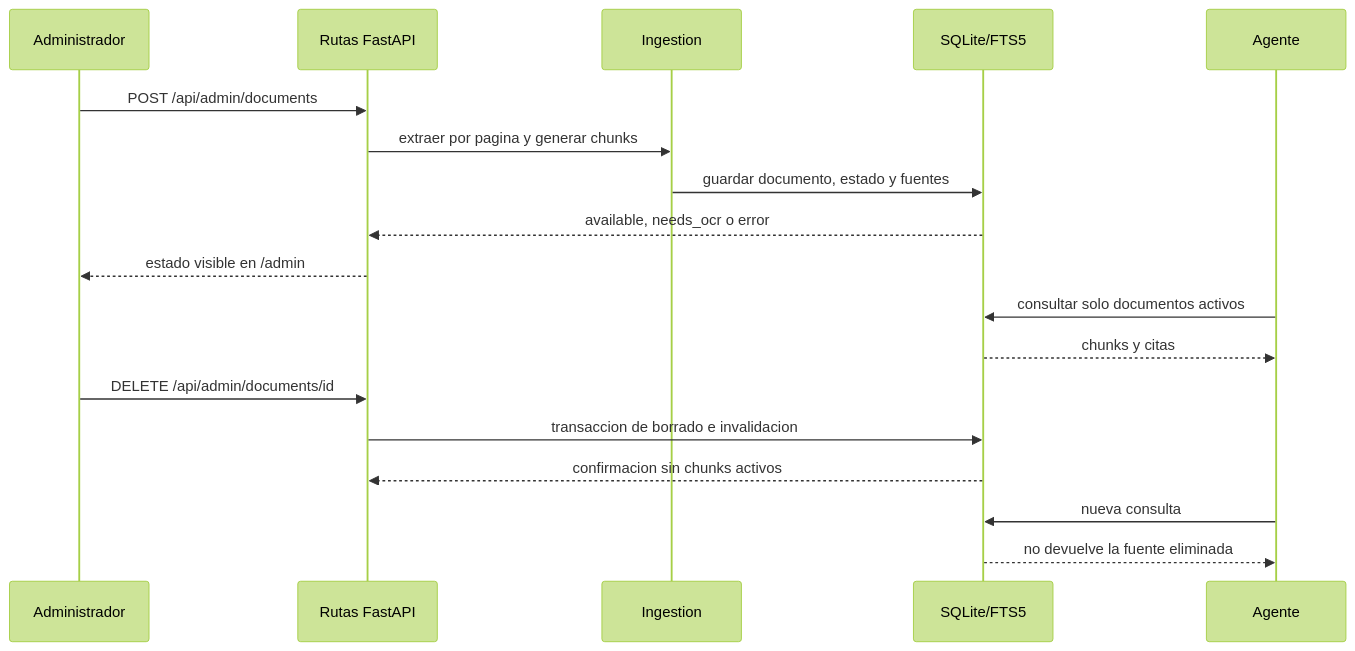
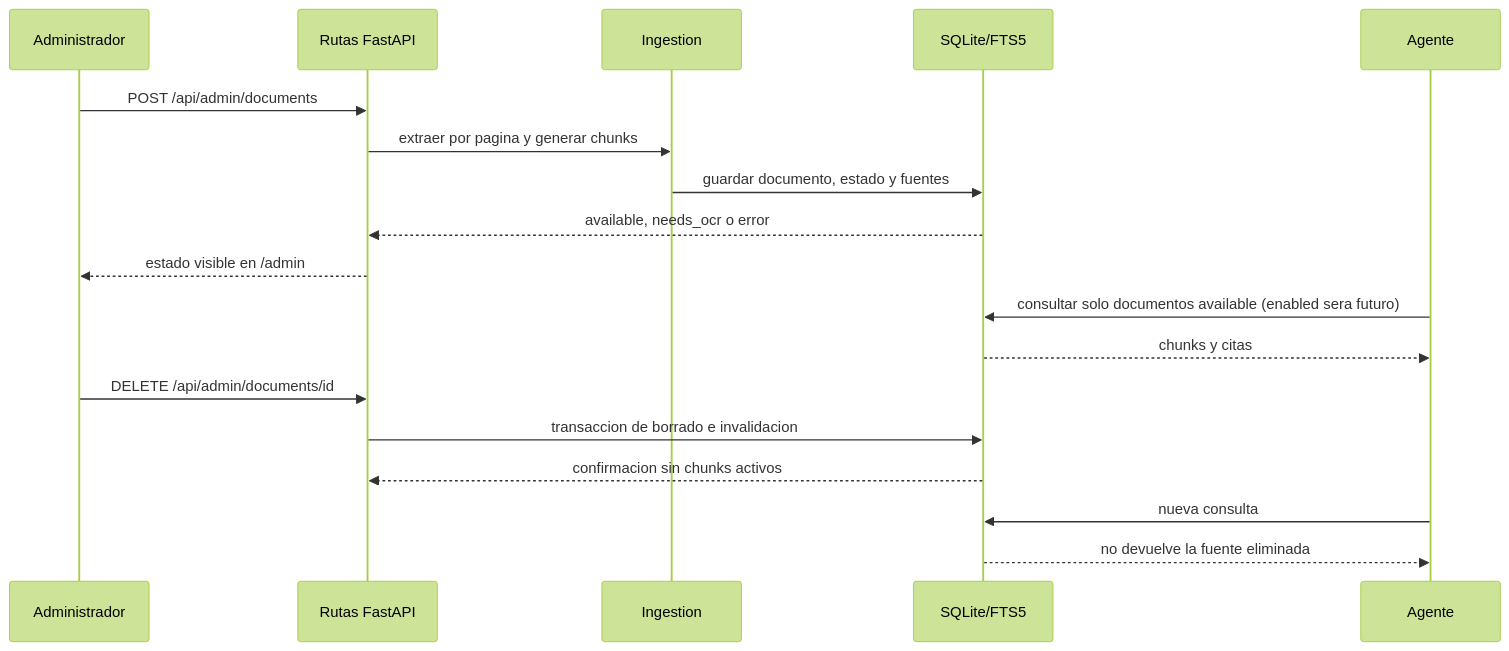
The third of 3 diagrams in docs/arquitectura.md (JhofredCam/TechSphereChallenge), drawn with Mermaid (forest theme) before and after one commit. The commit also changed other lines of this file and 22 other files, not shown here.

Commit message:
docs(specs): define MVP structure, admin, timeout and flow

````diff
--- a/docs/arquitectura.md
+++ b/docs/arquitectura.md
@@ -143,21 +170,21 @@
 ```mermaid
 sequenceDiagram
     participant U as Administrador
     participant R as Rutas FastAPI
     participant I as Ingestion
     participant D as SQLite/FTS5
     participant A as Agente
 
     U->>R: POST /api/admin/documents
     R->>I: extraer por pagina y generar chunks
     I->>D: guardar documento, estado y fuentes
     D-->>R: available, needs_ocr o error
     R-->>U: estado visible en /admin
-    A->>D: consultar solo documentos activos
+    A->>D: consultar solo documentos available (enabled sera futuro)
     D-->>A: chunks y citas
     U->>R: DELETE /api/admin/documents/id
     R->>D: transaccion de borrado e invalidacion
     D-->>R: confirmacion sin chunks activos
     A->>D: nueva consulta
     D-->>A: no devuelve la fuente eliminada
 ```
````
